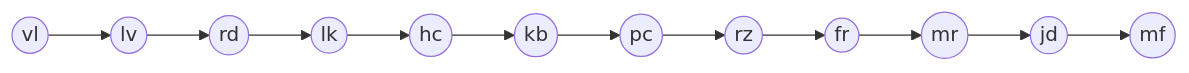
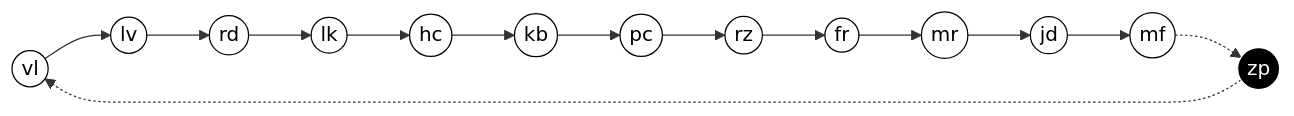
Before and after one commit to MichaelBrunn3r/advent-of-code: the first of 2 diagrams in 2023/day-20/README.md, drawn with Mermaid. The commit also changed other lines of this file and 4 other files, not shown here.

````diff
--- a/2023/day-20/README.md
+++ b/2023/day-20/README.md
@@ -19,4 +25,7 @@
 ```mermaid
 flowchart LR
-    vl((vl)) --> lv((lv)) --> rd((rd)) --> lk((lk)) --> hc((hc)) --> kb((kb)) --> pc((pc)) --> rz((rz)) --> fr((fr)) --> mr((mr)) --> jd((jd)) --> mf((mf))
+    vl((vl)):::flipflop --> lv((lv)):::flipflop --> rd((rd)):::flipflop --> lk((lk)):::flipflop --> hc((hc)):::flipflop --> kb((kb)):::flipflop --> pc((pc)):::flipflop --> rz((rz)):::flipflop --> fr((fr)):::flipflop --> mr((mr)):::flipflop --> jd((jd)):::flipflop --> mf((mf)):::flipflop .-> zp((zp)):::conjunction .-> vl
+
+    classDef flipflop fill:white,stroke:black,color:black;
+    classDef conjunction fill:black,stroke:white,color:white;
 ```
````
